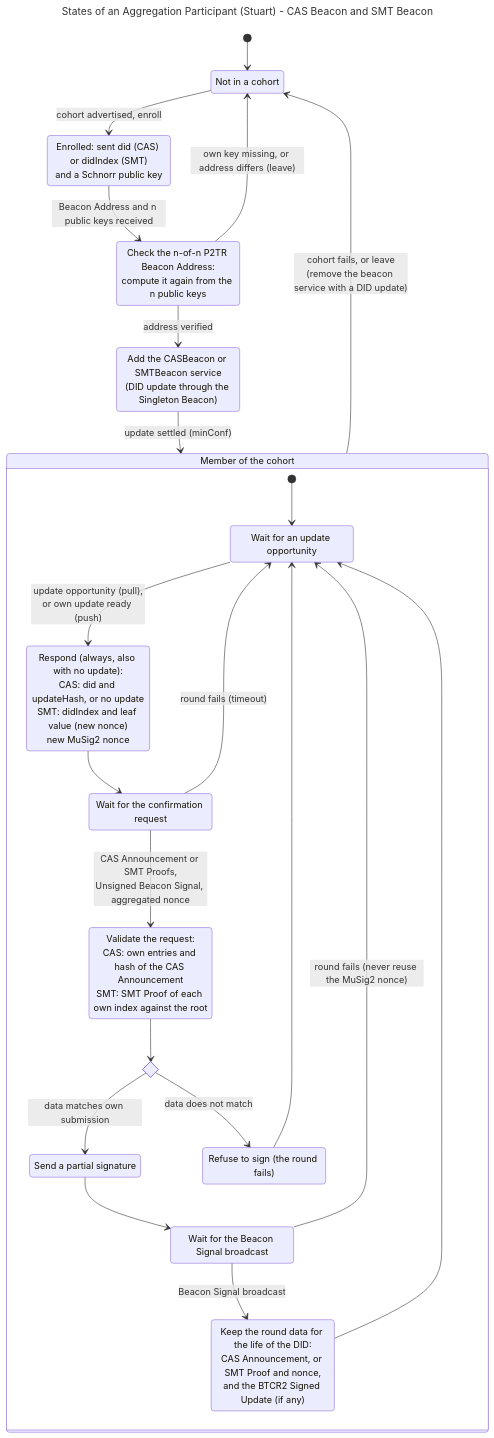
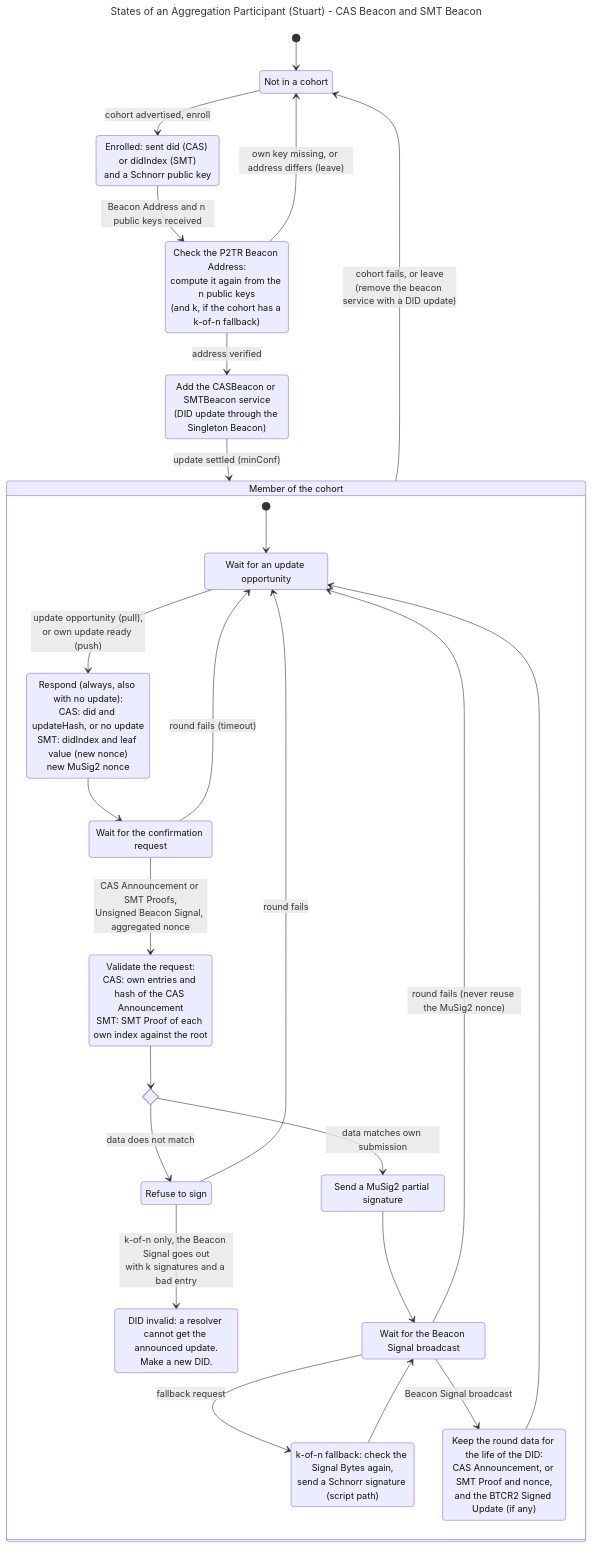
Before and after one commit to dcdpr/website-btcr2-dev: the diagram in public/diagrams/stuart-meets-satoshi/states-aggregation-participant.mmd, drawn with Mermaid. The commit also changed 9 other files, not shown here.

First line of the commit message:
docs(diagrams): show a k-of-n fallback next to n-of-n signatures

```diff
--- a/public/diagrams/stuart-meets-satoshi/states-aggregation-participant.mmd
+++ b/public/diagrams/stuart-meets-satoshi/states-aggregation-participant.mmd
@@ -1,46 +1,53 @@
 ---
 title: States of an Aggregation Participant (Stuart) - CAS Beacon and SMT Beacon
 ---
 
 %% One state machine for a DID controller in an Aggregation Cohort.
-%% It follows the RECOMMENDED MuSig2 example of the specification.
+%% It follows the RECOMMENDED MuSig2 example of the specification (n-of-n),
+%% with an optional k-of-n fallback.
 %% The update states are in states-did-controller.mmd.
 
 stateDiagram-v2
     state "Not in a cohort" as Out
     state "Enrolled: sent did (CAS) or didIndex (SMT)<br/>and a Schnorr public key" as Enrolled
-    state "Check the n-of-n P2TR Beacon Address:<br/>compute it again from the n public keys" as AddressCheck
+    state "Check the P2TR Beacon Address:<br/>compute it again from the n public keys<br/>(and k, if the cohort has a k-of-n fallback)" as AddressCheck
     state "Add the CASBeacon or SMTBeacon service<br/>(DID update through the Singleton Beacon)" as AddService
     state "Member of the cohort" as Member {
         state "Wait for an update opportunity" as Wait
         state "Respond (always, also with no update):<br/>CAS: did and updateHash, or no update<br/>SMT: didIndex and leaf value (new nonce)<br/>new MuSig2 nonce" as Respond
         state "Wait for the confirmation request" as WaitRequest
         state "Validate the request:<br/>CAS: own entries and hash of the CAS Announcement<br/>SMT: SMT Proof of each own index against the root" as Validate
         state valid <<choice>>
-        state "Send a partial signature" as PartialSign
-        state "Refuse to sign (the round fails)" as Refuse
+        state "Send a MuSig2 partial signature" as PartialSign
+        state "k-of-n fallback: check the Signal Bytes again,<br/>send a Schnorr signature (script path)" as FallbackSign
+        state "Refuse to sign" as Refuse
         state "Wait for the Beacon Signal broadcast" as WaitBroadcast
         state "Keep the round data for the life of the DID:<br/>CAS Announcement, or SMT Proof and nonce,<br/>and the BTCR2 Signed Update (if any)" as Keep
 
         [*] --> Wait
         Wait --> Respond: update opportunity (pull),<br/>or own update ready (push)
         Respond --> WaitRequest
         WaitRequest --> Wait: round fails (timeout)
         WaitRequest --> Validate: CAS Announcement or SMT Proofs,<br/>Unsigned Beacon Signal, aggregated nonce
         Validate --> valid
         valid --> PartialSign: data matches own submission
         valid --> Refuse: data does not match
-        Refuse --> Wait
+        Refuse --> Wait: round fails
+        Refuse --> Invalid: k-of-n only, the Beacon Signal goes out<br/>with k signatures and a bad entry
         PartialSign --> WaitBroadcast
+        WaitBroadcast --> FallbackSign: fallback request
+        FallbackSign --> WaitBroadcast
         WaitBroadcast --> Wait: round fails (never reuse the MuSig2 nonce)
         WaitBroadcast --> Keep: Beacon Signal broadcast
         Keep --> Wait
     }
+
+    state "DID invalid: a resolver cannot get the announced update.<br/>Make a new DID." as Invalid
 
     [*] --> Out
     Out --> Enrolled: cohort advertised, enroll
     Enrolled --> AddressCheck: Beacon Address and n public keys received
     AddressCheck --> Out: own key missing, or address differs (leave)
     AddressCheck --> AddService: address verified
     AddService --> Member: update settled (minConf)
     Member --> Out: cohort fails, or leave<br/>(remove the beacon service with a DID update)
```
